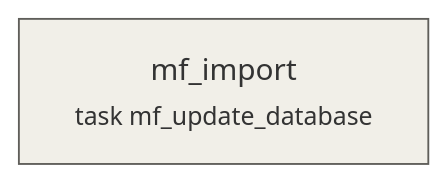
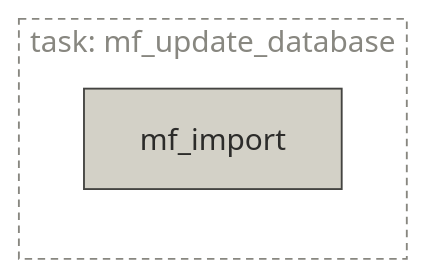
Before and after one commit to majazaloznik/umar-automation-scripts: the diagram in docs/pipelines/task-mf_update_database.md, drawn with Mermaid. The commit also changed 31 other files, not shown here.

Commit message:
Update mermaid plots in pipelines

````diff
--- a/docs/pipelines/task-mf_update_database.md
+++ b/docs/pipelines/task-mf_update_database.md
@@ -21,8 +21,12 @@
 ```mermaid
 flowchart LR
-  mf_import["mf_import<br/><small>task mf_update_database</small>"]:::step
-  classDef source fill:#FAECE7,stroke:#993C1D
-  classDef step fill:#F1EFE8,stroke:#5F5E5A
-  classDef store fill:#E1F5EE,stroke:#0F6E56
-  classDef output fill:#EEEDFE,stroke:#534AB7
+  
+  subgraph task_mf_update_database["task: mf_update_database"]
+    mf_import["mf_import"]:::step
+  end
+  style task_mf_update_database fill:none,stroke:#888780,stroke-dasharray:4 3,color:#888780
+  classDef source fill:#F0997B,stroke:#712B13,color:#4A1B0C,stroke-width:1px
+  classDef step fill:#D3D1C7,stroke:#444441,color:#2C2C2A,stroke-width:1px
+  classDef store fill:#5DCAA5,stroke:#085041,color:#04342C,stroke-width:1px
+  classDef output fill:#AFA9EC,stroke:#3C3489,color:#26215C,stroke-width:1px
 ```
````
